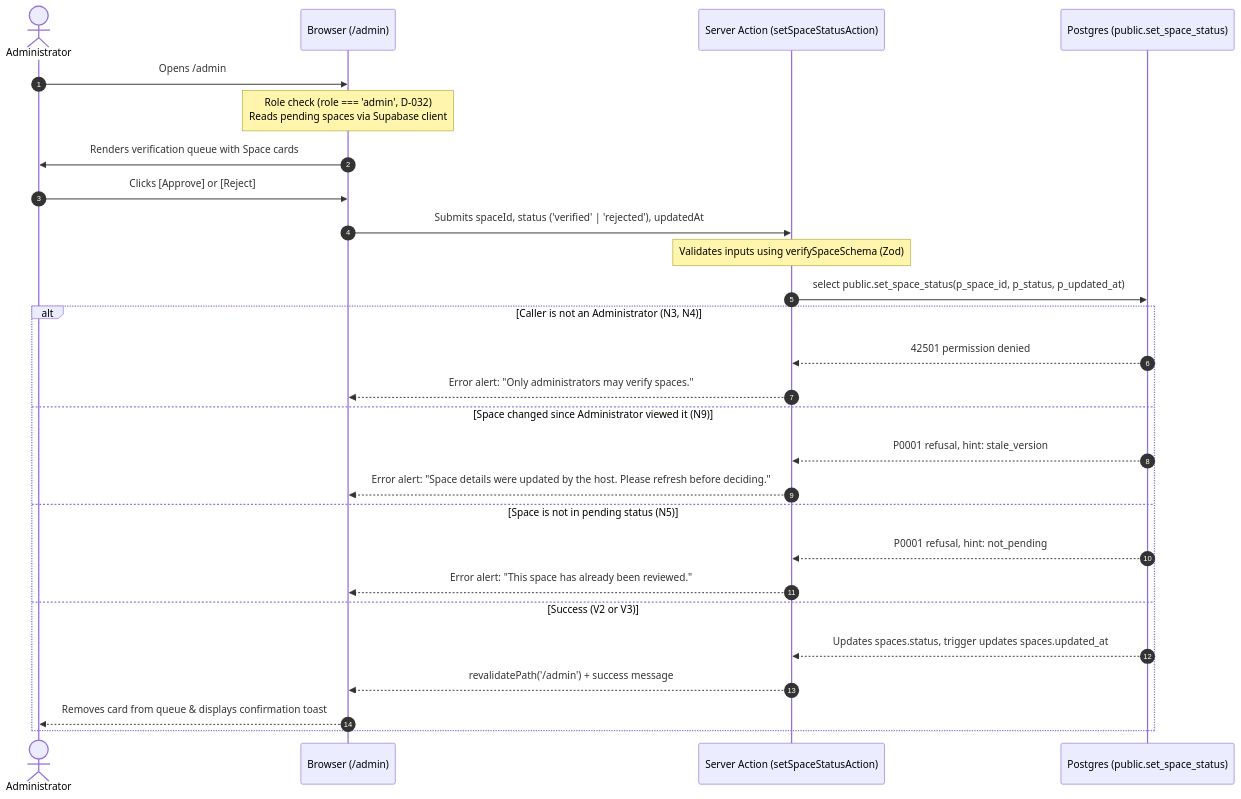
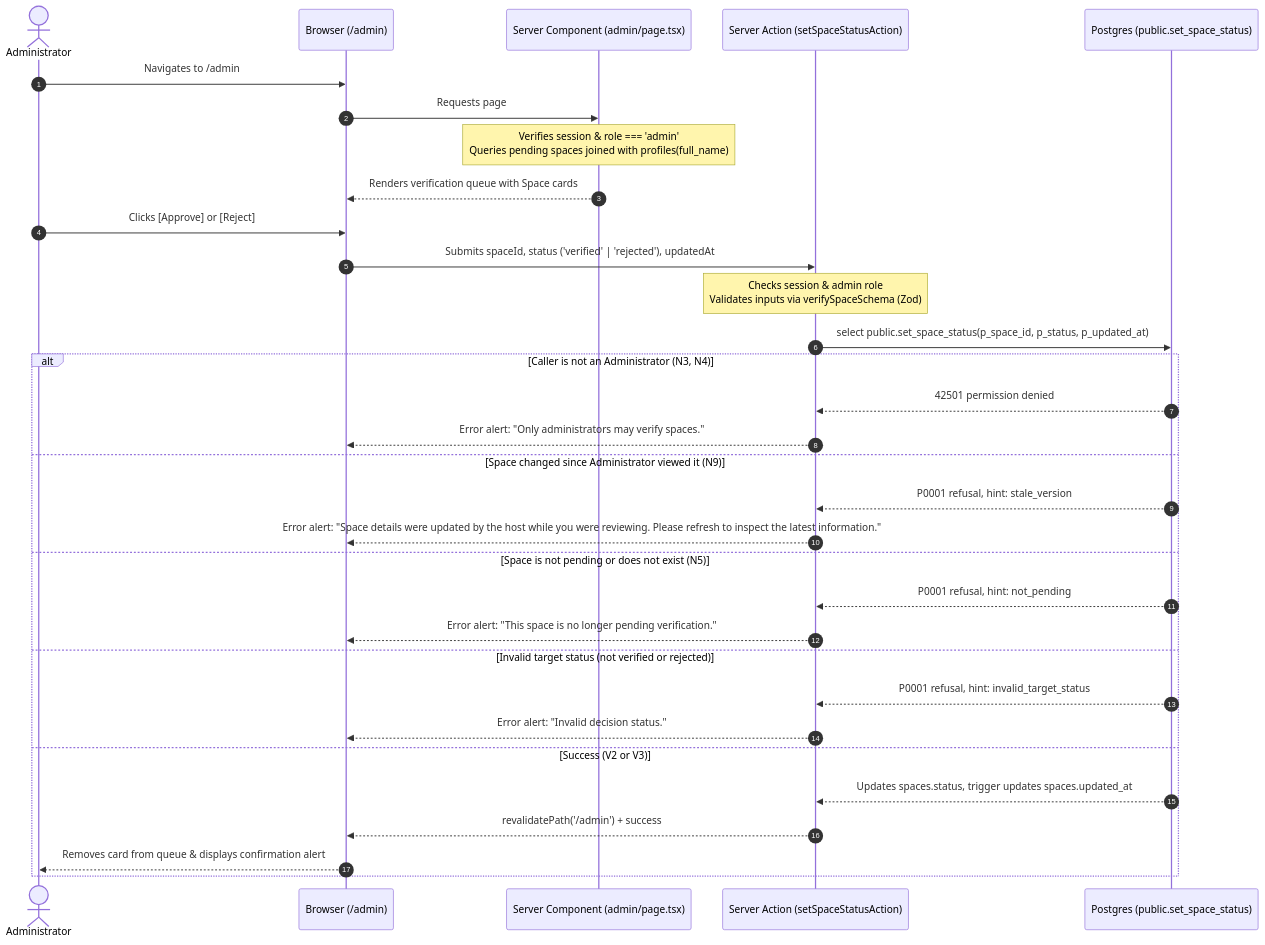
One commit to dreeyanzz/studyhub changed the diagram in docs/design/STORY-15-space-verification.md. Above: the diagram before and after it, drawn with Mermaid. The commit also changed other lines of this file, not shown here.

First line of the commit message:
docs(STORY-15): address review findings on space verification design

````diff
--- a/docs/design/STORY-15-space-verification.md
+++ b/docs/design/STORY-15-space-verification.md
@@ -46,33 +48,38 @@
 ```mermaid
 sequenceDiagram
     autonumber
     actor A as Administrator
     participant B as Browser (/admin)
+    participant SC as Server Component (admin/page.tsx)
     participant SA as Server Action (setSpaceStatusAction)
     participant DB as Postgres (public.set_space_status)
 
-    A->>B: Opens /admin
-    Note over B: Role check (role === 'admin', D-032)<br/>Reads pending spaces via Supabase client
-    B->>A: Renders verification queue with Space cards
+    A->>B: Navigates to /admin
+    B->>SC: Requests page
+    Note over SC: Verifies session & role === 'admin'<br/>Queries pending spaces joined with profiles(full_name)
+    SC-->>B: Renders verification queue with Space cards
 
     A->>B: Clicks [Approve] or [Reject]
     B->>SA: Submits spaceId, status ('verified' | 'rejected'), updatedAt
-    Note over SA: Validates inputs using verifySpaceSchema (Zod)
+    Note over SA: Checks session & admin role<br/>Validates inputs via verifySpaceSchema (Zod)
 
     SA->>DB: select public.set_space_status(p_space_id, p_status, p_updated_at)
 
     alt Caller is not an Administrator (N3, N4)
         DB-->>SA: 42501 permission denied
         SA-->>B: Error alert: "Only administrators may verify spaces."
     else Space changed since Administrator viewed it (N9)
         DB-->>SA: P0001 refusal, hint: stale_version
-        SA-->>B: Error alert: "Space details were updated by the host. Please refresh before deciding."
-    else Space is not in pending status (N5)
+        SA-->>B: Error alert: "Space details were updated by the host while you were reviewing. Please refresh to inspect the latest information."
+    else Space is not pending or does not exist (N5)
         DB-->>SA: P0001 refusal, hint: not_pending
-        SA-->>B: Error alert: "This space has already been reviewed."
+        SA-->>B: Error alert: "This space is no longer pending verification."
+    else Invalid target status (not verified or rejected)
+        DB-->>SA: P0001 refusal, hint: invalid_target_status
+        SA-->>B: Error alert: "Invalid decision status."
     else Success (V2 or V3)
         DB-->>SA: Updates spaces.status, trigger updates spaces.updated_at
-        SA-->>B: revalidatePath('/admin') + success message
-        B-->>A: Removes card from queue & displays confirmation toast
+        SA-->>B: revalidatePath('/admin') + success
+        B-->>A: Removes card from queue & displays confirmation alert
     end
 ```
````
